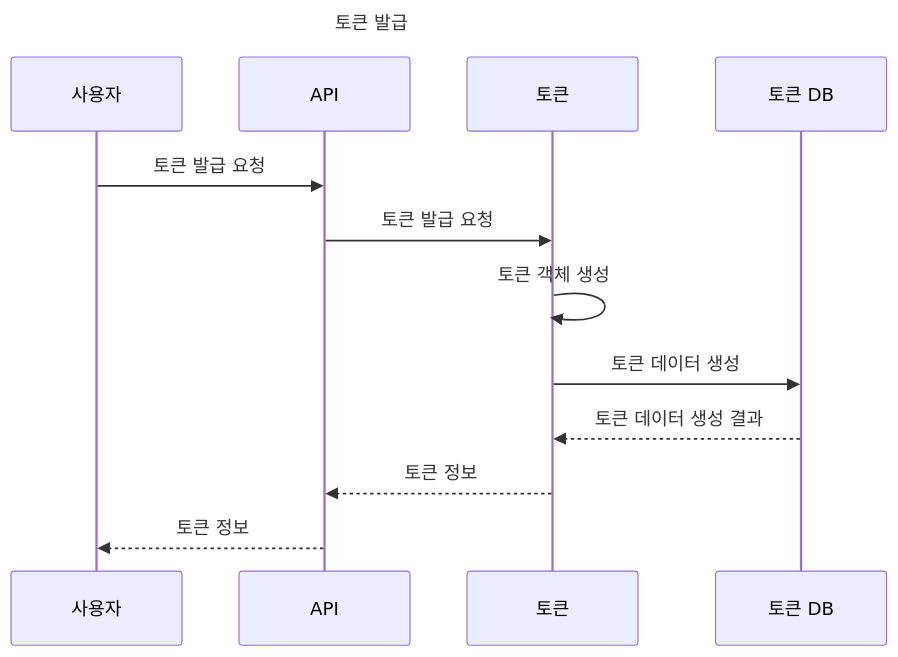
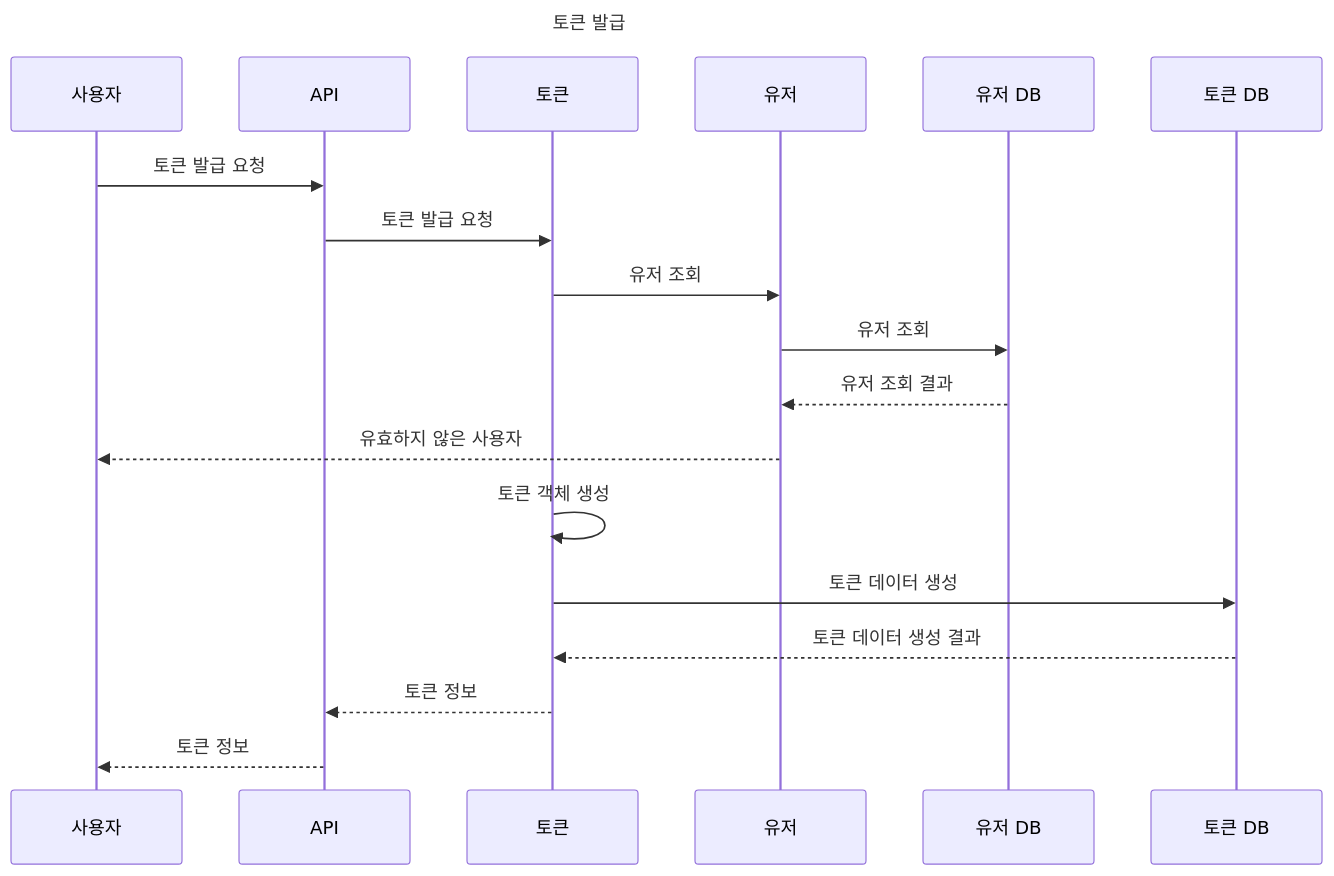
The third of 8 diagrams in README.md (Loafly/hhp_week_03), drawn with Mermaid before and after one commit.

Commit message:
chore - 시퀀스 다이어그램 수정 (토큰 발급)

````diff
--- a/README.md
+++ b/README.md
@@ -79,18 +79,25 @@
 ```mermaid
 sequenceDiagram
     title 토큰 발급
     participant 사용자
     participant API
     participant 토큰
+    participant 유저
+    participant 유저DB as 유저 DB
     participant 토큰DB as 토큰 DB
 
     사용자 ->> API: 토큰 발급 요청
     API ->> 토큰: 토큰 발급 요청
+
+    토큰 ->> 유저: 유저 조회
+    유저 ->> 유저DB: 유저 조회
+    유저DB -->> 유저: 유저 조회 결과
+    유저 -->> 사용자: 유효하지 않은 사용자
 
     토큰 ->> 토큰: 토큰 객체 생성
     토큰 ->> 토큰DB: 토큰 데이터 생성
     토큰DB -->> 토큰: 토큰 데이터 생성 결과
 
     토큰 -->> API: 토큰 정보
     API -->> 사용자: 토큰 정보
 ```
````
